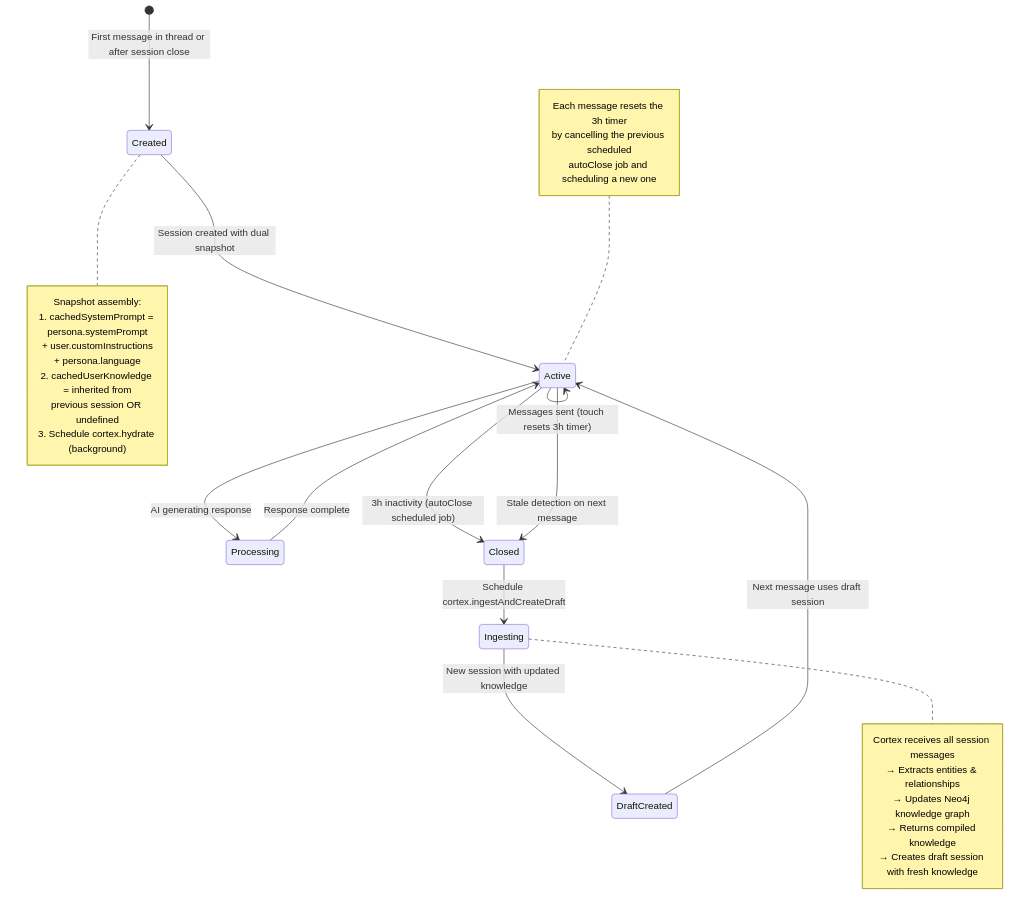
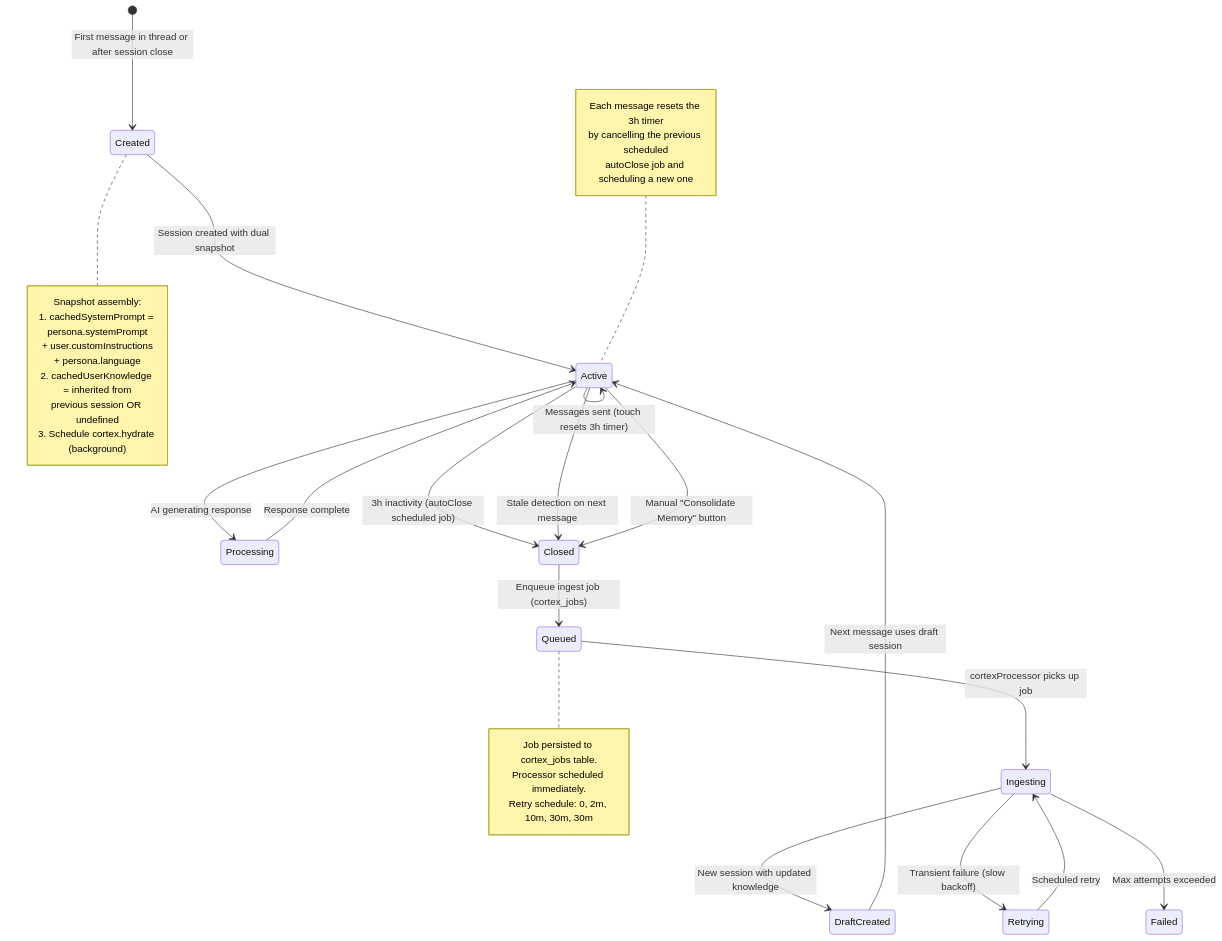
Before and after one commit to juandastic/synapse-chat-ai: the fifth of 7 diagrams in README.md, drawn with Mermaid. The commit also changed other lines of this file and 16 other files, not shown here.

````diff
--- a/README.md
+++ b/README.md
@@ -272,39 +300,42 @@
 ```mermaid
 stateDiagram-v2
     [*] --> Created: First message in thread or after session close
     Created --> Active: Session created with dual snapshot
 
     Active --> Active: Messages sent (touch resets 3h timer)
     Active --> Processing: AI generating response
     Processing --> Active: Response complete
     Active --> Closed: 3h inactivity (autoClose scheduled job)
     Active --> Closed: Stale detection on next message
+    Active --> Closed: Manual "Consolidate Memory" button
 
-    Closed --> Ingesting: Schedule cortex.ingestAndCreateDraft
+    Closed --> Queued: Enqueue ingest job (cortex_jobs)
+    Queued --> Ingesting: cortexProcessor picks up job
     Ingesting --> DraftCreated: New session with updated knowledge
+    Ingesting --> Retrying: Transient failure (slow backoff)
+    Retrying --> Ingesting: Scheduled retry
+    Ingesting --> Failed: Max attempts exceeded
     DraftCreated --> Active: Next message uses draft session
 
     note right of Created
         Snapshot assembly:
         1. cachedSystemPrompt = persona.systemPrompt
            + user.customInstructions
            + persona.language
         2. cachedUserKnowledge = inherited from
            previous session OR undefined
         3. Schedule cortex.hydrate (background)
     end note
 
-    note right of Ingesting
-        Cortex receives all session messages
-        → Extracts entities & relationships
-        → Updates Neo4j knowledge graph
-        → Returns compiled knowledge
-        → Creates draft session with fresh knowledge
+    note right of Queued
+        Job persisted to cortex_jobs table.
+        Processor scheduled immediately.
+        Retry schedule: 0, 2m, 10m, 30m, 30m
     end note
 
     note left of Active
         Each message resets the 3h timer
         by cancelling the previous scheduled
         autoClose job and scheduling a new one
     end note
 ```
````
